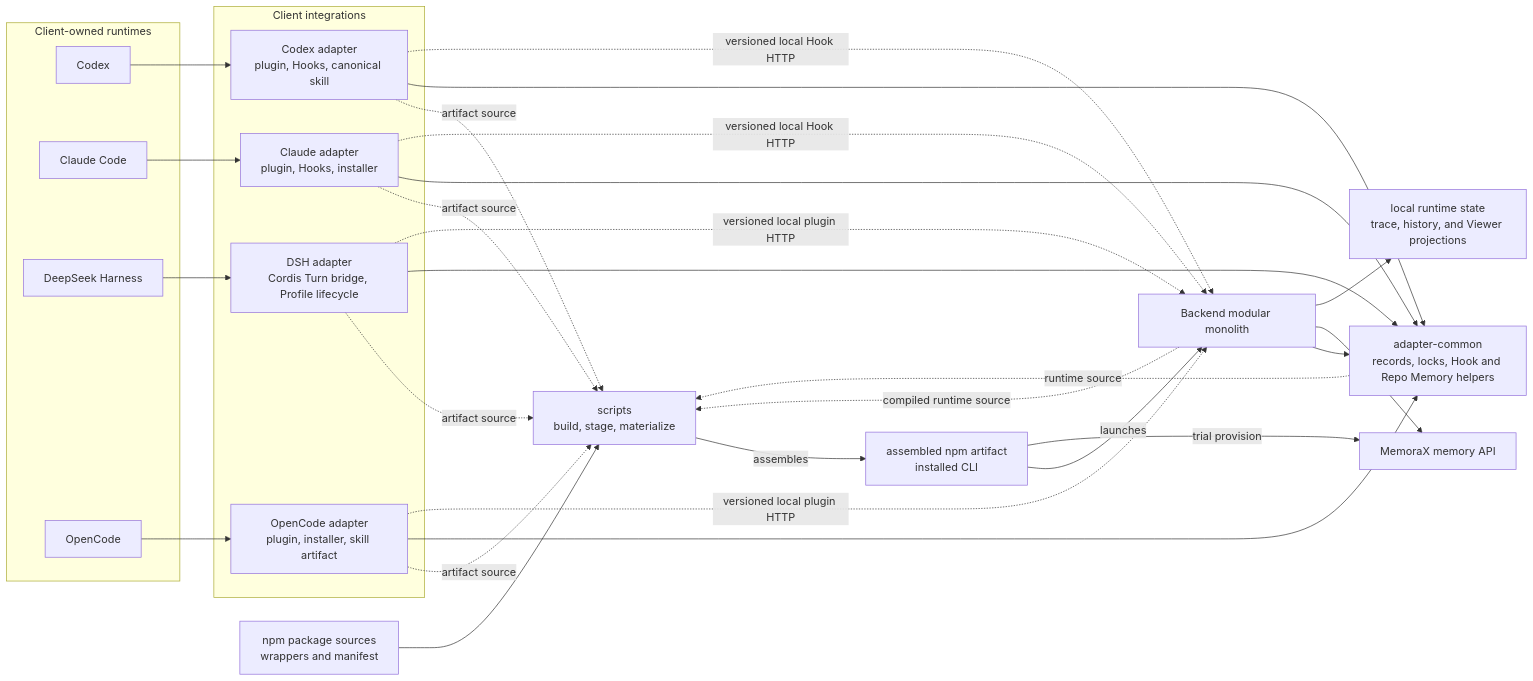
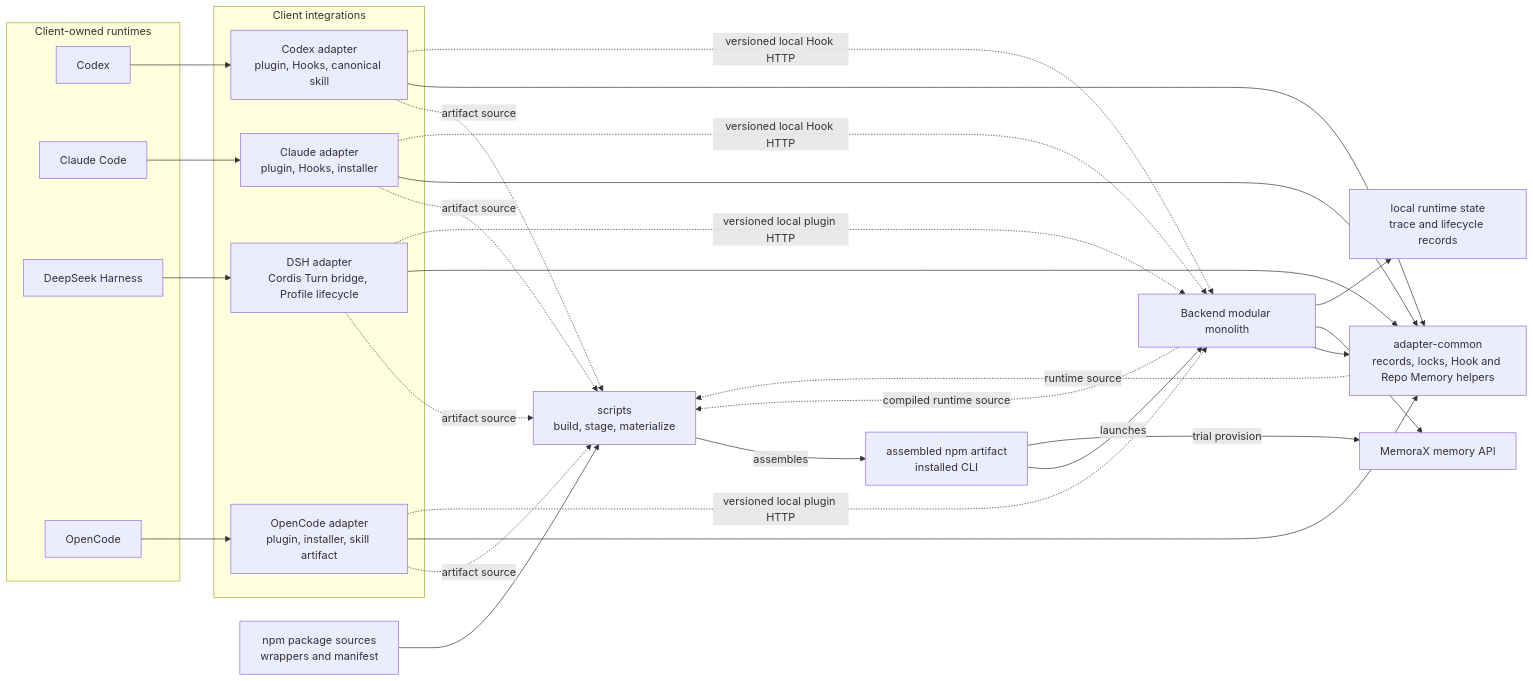
The first of 6 diagrams in ARCHITECTURE.md (LimFang/memorax-code), drawn with Mermaid before and after one commit. The commit also changed other lines of this file and 67 other files, not shown here.

````diff
--- a/ARCHITECTURE.md
+++ b/ARCHITECTURE.md
@@ -40,53 +40,53 @@
 ```mermaid
 flowchart LR
   subgraph Clients["Client-owned runtimes"]
     Codex["Codex"]
     Claude["Claude Code"]
     DSH["DeepSeek Harness"]
     OpenCode["OpenCode"]
   end
 
   subgraph Adapters["Client integrations"]
     CodexAdapter["Codex adapter<br/>plugin, Hooks, canonical skill"]
     ClaudeAdapter["Claude adapter<br/>plugin, Hooks, installer"]
     DshAdapter["DSH adapter<br/>Cordis Turn bridge, Profile lifecycle"]
     OpenCodeAdapter["OpenCode adapter<br/>plugin, installer, skill artifact"]
   end
 
   Common["adapter-common<br/>records, locks, Hook and Repo Memory helpers"]
   Backend["Backend modular monolith"]
   Npm["npm package sources<br/>wrappers and manifest"]
   Build["scripts<br/>build, stage, materialize"]
   Artifact["assembled npm artifact<br/>installed CLI"]
   MemoraX["MemoraX memory API"]
-  Local["local runtime state<br/>trace, history, and Viewer projections"]
+  Local["local runtime state<br/>trace and lifecycle records"]
 
   Npm --> Build
   Backend -. "compiled runtime source" .-> Build
   Common -. "runtime source" .-> Build
   CodexAdapter -. "artifact source" .-> Build
   ClaudeAdapter -. "artifact source" .-> Build
   DshAdapter -. "artifact source" .-> Build
   OpenCodeAdapter -. "artifact source" .-> Build
   Build -->|"assembles"| Artifact
   Artifact -->|"launches"| Backend
   Artifact -->|"trial provision"| MemoraX
 
   Backend --> Common
   CodexAdapter --> Common
   ClaudeAdapter --> Common
   DshAdapter --> Common
   OpenCodeAdapter --> Common
 
   Codex --> CodexAdapter
   Claude --> ClaudeAdapter
   DSH --> DshAdapter
   OpenCode --> OpenCodeAdapter
   CodexAdapter -. "versioned local Hook HTTP" .-> Backend
   ClaudeAdapter -. "versioned local Hook HTTP" .-> Backend
   DshAdapter -. "versioned local plugin HTTP" .-> Backend
   OpenCodeAdapter -. "versioned local plugin HTTP" .-> Backend
 
   Backend --> MemoraX
   Backend --> Local
 ```
````
